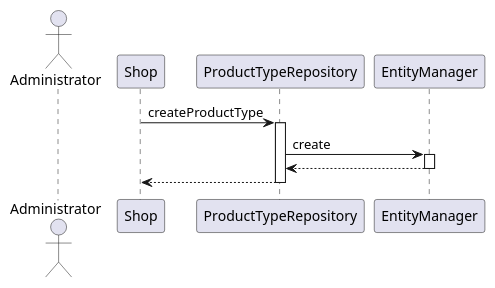
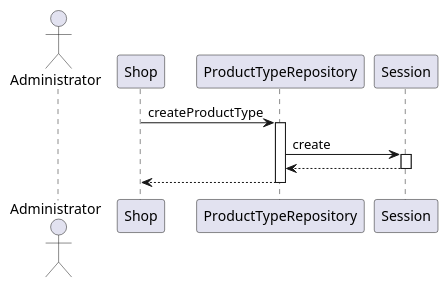
One commit to mspronesti/ezshop changed the fourth of 10 diagrams in Deliverables/DesignDocument.md. Above: the diagram before and after it, drawn with PlantUML. The commit also changed other lines of this file and 4 other files, not shown here.

````diff
--- a/Deliverables/DesignDocument.md
+++ b/Deliverables/DesignDocument.md
@@ -355,16 +327,16 @@
 ```plantuml
 @startuml
 actor Administrator
     Shop -> ProductTypeRepository: createProductType
     activate ProductTypeRepository
 
-    ProductTypeRepository -> EntityManager: create
-    activate EntityManager
+    ProductTypeRepository -> Session: create
+    activate Session
 
-    EntityManager --> ProductTypeRepository
-    deactivate EntityManager
+    Session --> ProductTypeRepository
+    deactivate Session
 
     ProductTypeRepository --> Shop
     deactivate ProductTypeRepository
 @enduml
 ```
````
